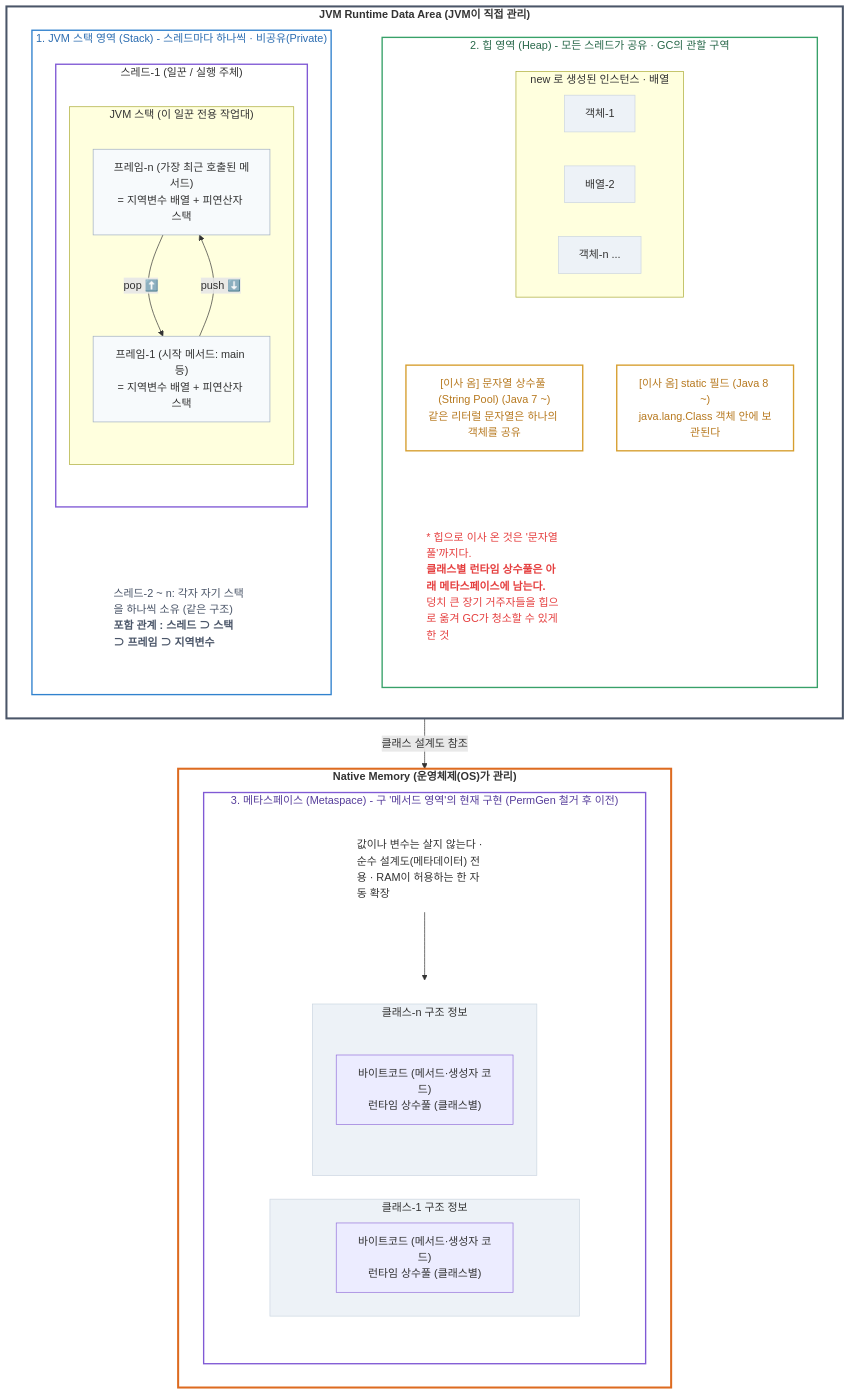
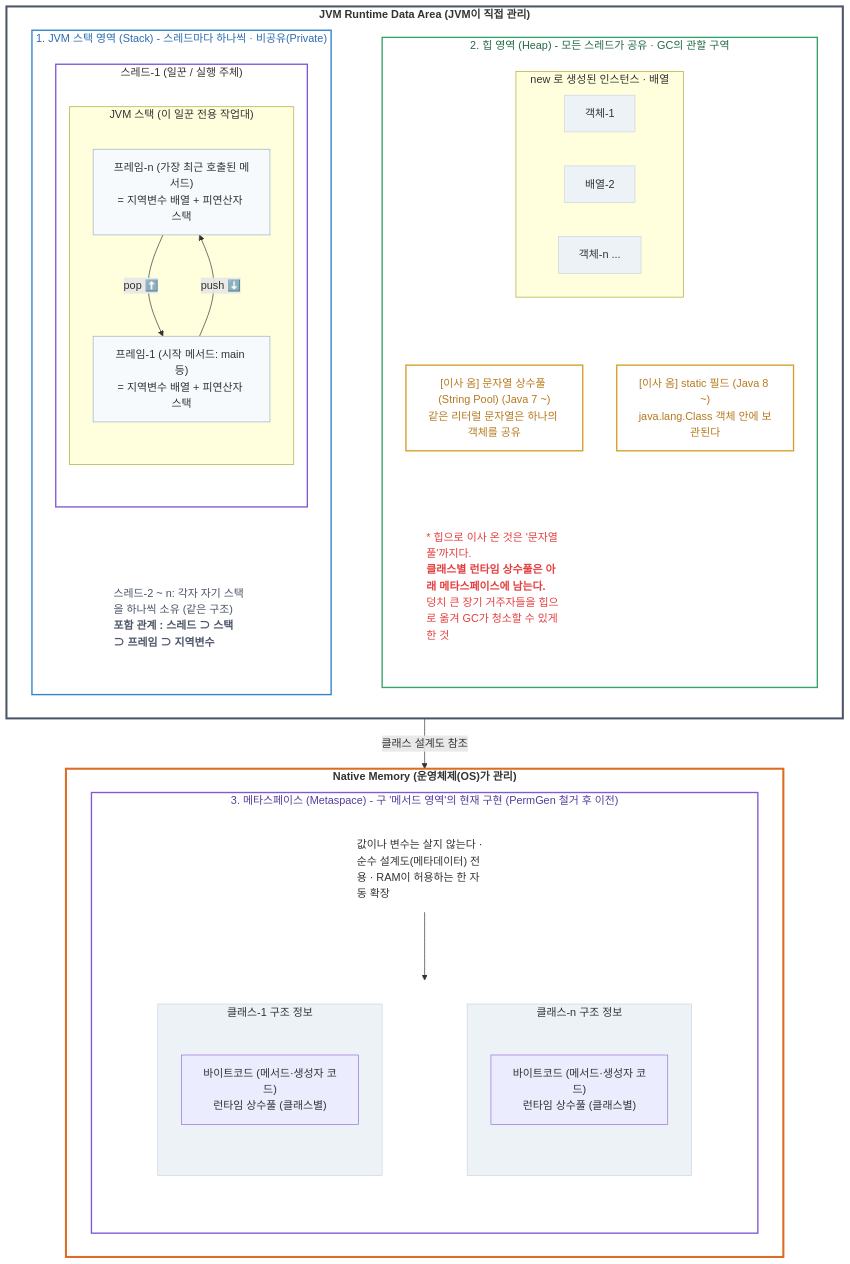
The second of 8 diagrams in _posts/2026-07-11-java-reference-type-study-1.md (sungjin-dev/sungjin-dev.github.io), drawn with Mermaid before and after one commit.

````diff
--- a/_posts/2026-07-11-java-reference-type-study-1.md
+++ b/_posts/2026-07-11-java-reference-type-study-1.md
@@ -96,7 +96,7 @@
             OBJECTS -->| | SF
             OBJECTS -->| | SP
 
-            %% 2층: 이사 온 필드 및 상수풀 영역 (원본처럼 세로로 나란히 배치하기 위해 TD 설정)
+            %% 2층: 이사 온 필드 및 상수풀 영역
             SF["[이사 옴] static 필드 (Java 8 ~)<br>java.lang.Class 객체 안에 보관된다"]
             SP["[이사 옴] 문자열 상수풀 (String Pool) (Java 7 ~)<br>같은 리터럴 문자열은 하나의 객체를 공유"]
             
@@ -115,7 +115,7 @@
             direction TD
             MS_TEXT["값이나 변수는 살지 않는다 · 순수 설계도(메타데이터) 전용 · RAM이 허용하는 한 자동 확장"]
             
-            %% 💡 요청하신 핵심 수정 포인트: 하단 정보 상자들을 완벽히 좌우(LR) 정렬
+            %% 💡 클래스 박스 간 완벽한 좌우 정렬을 위한 락 구조
             subgraph CLASS_INFOS [" "]
                 direction LR
                 subgraph CL1 ["클래스-1 구조 정보"]
@@ -125,6 +125,9 @@
                 subgraph CLN ["클래스-n 구조 정보"]
                     CN["바이트코드 (메서드·생성자 코드)<br>런타임 상수풀 (클래스별)"]
                 end
+                
+                %% 두 서브그래프를 강제로 가로 연결하여 좌우 배치 고정 (트릭)
+                CL1 ~~~ CLN
             end
             
             %% 상단 텍스트와 하단 좌우 상자 밀착
@@ -172,6 +175,6 @@
     style HEAP_TEXT fill:none,stroke:none,text-align:left,color:#e53e3e;
     style MS_TEXT fill:none,stroke:none,text-align:left;
     
-    %% 밀착용 투명 연결선 숨기기 프로퍼티 전면 적용
-    linkStyle 2,3,4,5,6 stroke:none,stroke-width:0px;
+    %% 밀착용 및 정렬용 투명 연결선 숨기기 프로퍼티 (6번 인덱스 추가)
+    linkStyle 2,3,4,5,6,7 stroke:none,stroke-width:0px;
 ```
````
